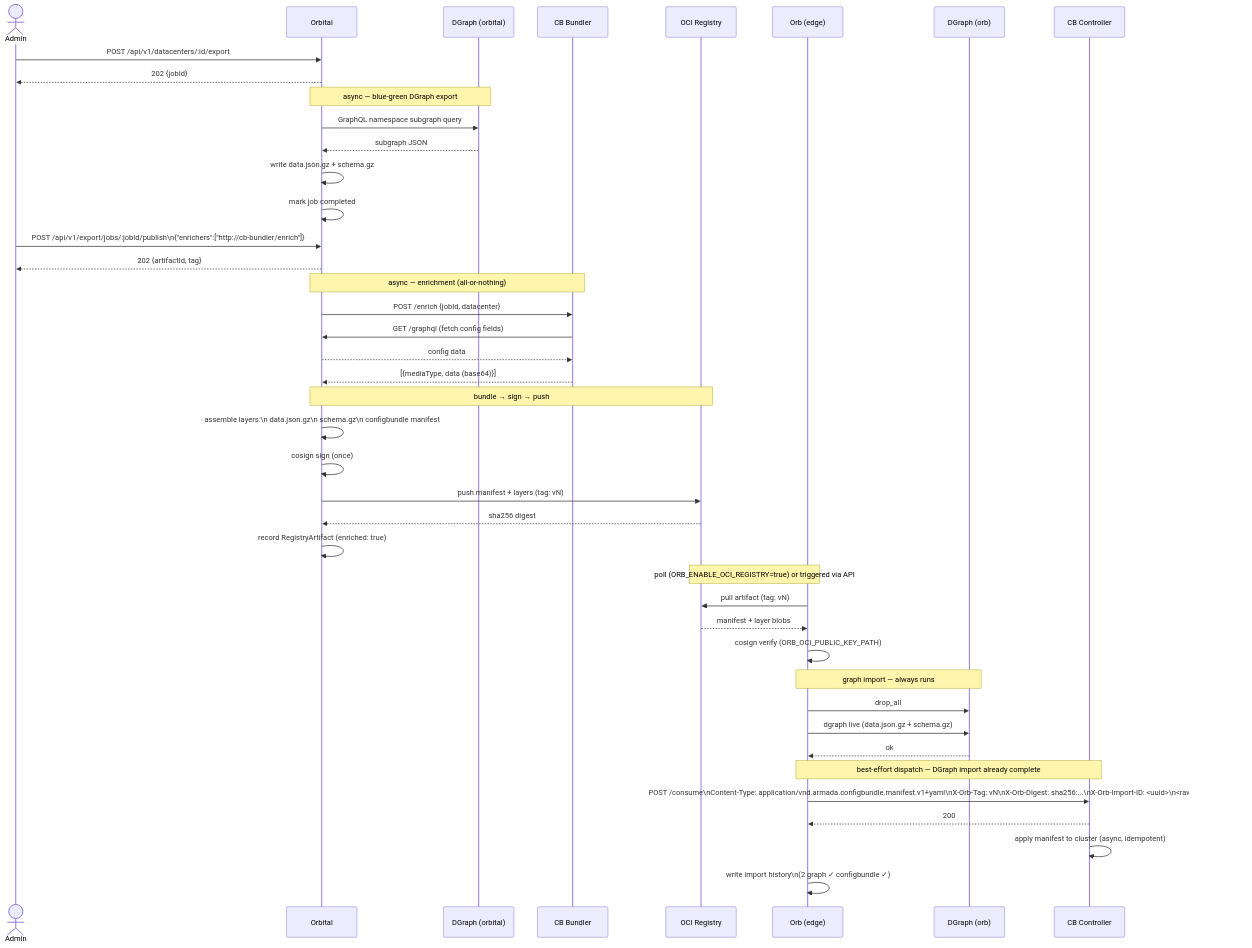
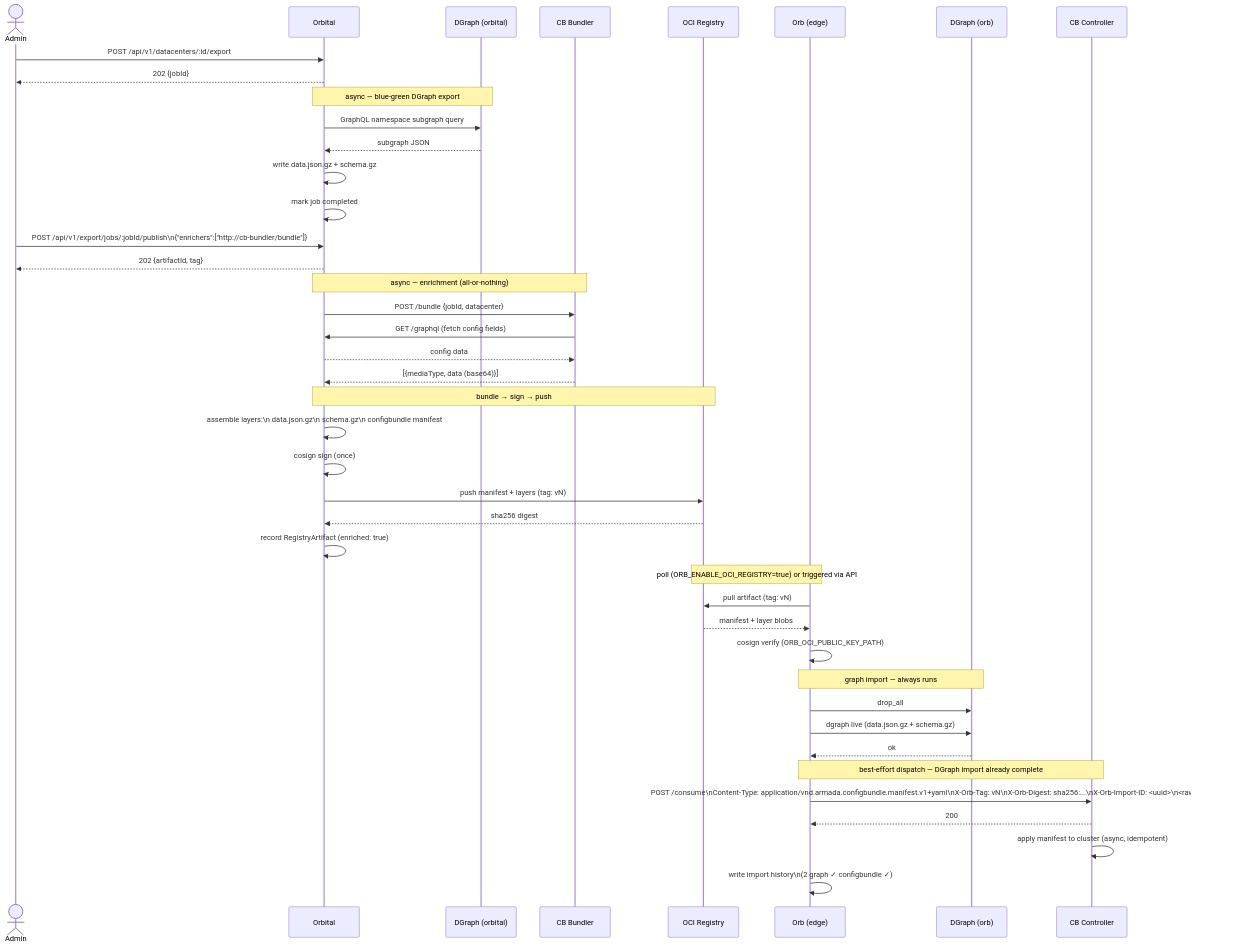
The diagram in docs/configbundle-integration.md (danieldn-aramada/orbital), drawn with Mermaid before and after one commit. The commit also changed other lines of this file and 91 other files, not shown here.

````diff
--- a/docs/configbundle-integration.md
+++ b/docs/configbundle-integration.md
@@ -71,57 +71,57 @@
 ```mermaid
 sequenceDiagram
     actor Admin
     participant O as Orbital
     participant DG as DGraph (orbital)
     participant CBB as CB Bundler
     participant OCI as OCI Registry
     participant Orb as Orb (edge)
     participant ODG as DGraph (orb)
     participant CBC as CB Controller
 
     %% ── 1. Export ──────────────────────────────────────────────────────────
     Admin->>O: POST /api/v1/datacenters/:id/export
     O-->>Admin: 202 {jobId}
 
     Note over O,DG: async — blue-green DGraph export
     O->>DG: GraphQL namespace subgraph query
     DG-->>O: subgraph JSON
     O->>O: write data.json.gz + schema.gz
     O->>O: mark job completed
 
     %% ── 2. Publish with enricher ────────────────────────────────────────────
-    Admin->>O: POST /api/v1/export/jobs/:jobId/publish\n{"enrichers":["http://cb-bundler/enrich"]}
+    Admin->>O: POST /api/v1/export/jobs/:jobId/publish\n{"enrichers":["http://cb-bundler/bundle"]}
     O-->>Admin: 202 {artifactId, tag}
 
     Note over O,CBB: async — enrichment (all-or-nothing)
-    O->>CBB: POST /enrich  {jobId, datacenter}
+    O->>CBB: POST /bundle  {jobId, datacenter}
     CBB->>O: GET /graphql  (fetch config fields)
     O-->>CBB: config data
     CBB-->>O: [{mediaType, data (base64)}]
 
     Note over O,OCI: bundle → sign → push
     O->>O: assemble layers:\n  data.json.gz\n  schema.gz\n  configbundle manifest
     O->>O: cosign sign (once)
     O->>OCI: push manifest + layers  (tag: vN)
     OCI-->>O: sha256 digest
     O->>O: record RegistryArtifact  (enriched: true)
 
     %% ── 3. Orb import ───────────────────────────────────────────────────────
     Note over Orb,OCI: poll (ORB_ENABLE_OCI_REGISTRY=true) or triggered via API
     Orb->>OCI: pull artifact  (tag: vN)
     OCI-->>Orb: manifest + layer blobs
     Orb->>Orb: cosign verify  (ORB_OCI_PUBLIC_KEY_PATH)
 
     Note over Orb,ODG: graph import — always runs
     Orb->>ODG: drop_all
     Orb->>ODG: dgraph live  (data.json.gz + schema.gz)
     ODG-->>Orb: ok
 
     %% ── 4. Consumer dispatch ────────────────────────────────────────────────
     Note over Orb,CBC: best-effort dispatch — DGraph import already complete
     Orb->>CBC: POST /consume\nContent-Type: application/vnd.armada.configbundle.manifest.v1+yaml\nX-Orb-Tag: vN\nX-Orb-Digest: sha256:...\nX-Orb-Import-ID: <uuid>\n<raw manifest bytes>
     CBC-->>Orb: 200
     CBC->>CBC: apply manifest to cluster  (async, idempotent)
 
     Orb->>Orb: write import history\n(2 graph ✓  configbundle ✓)
 ```
````
